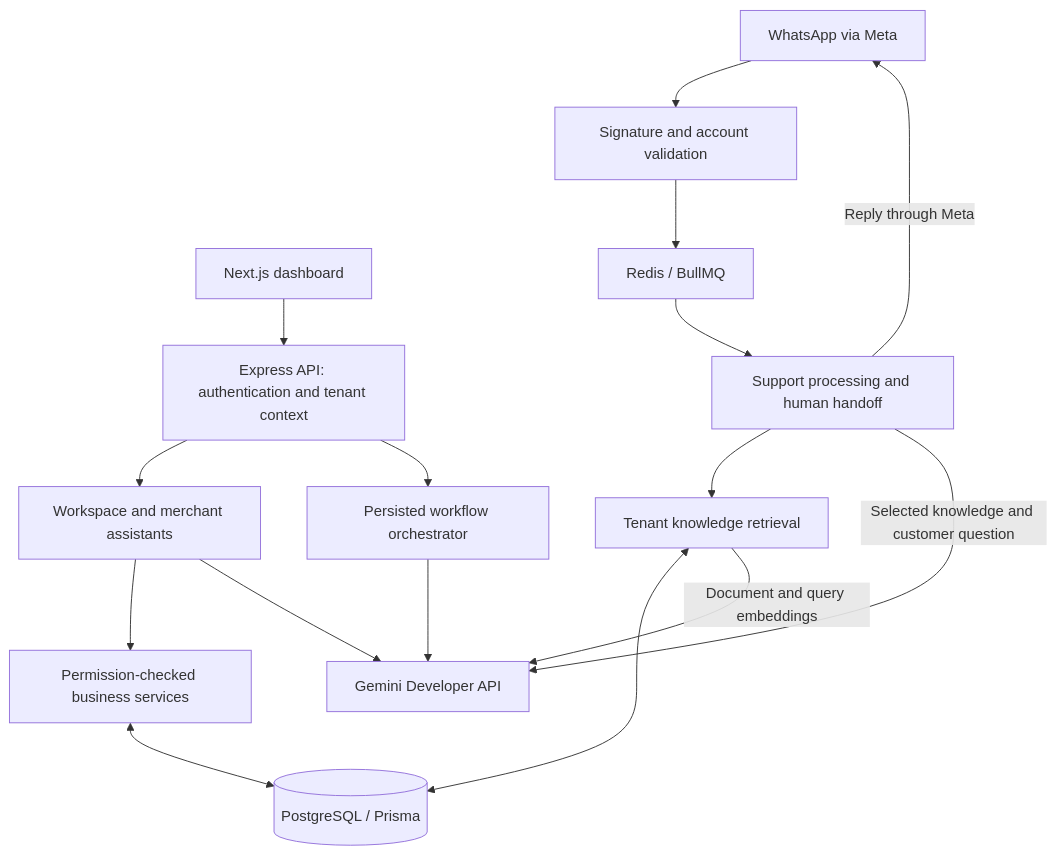
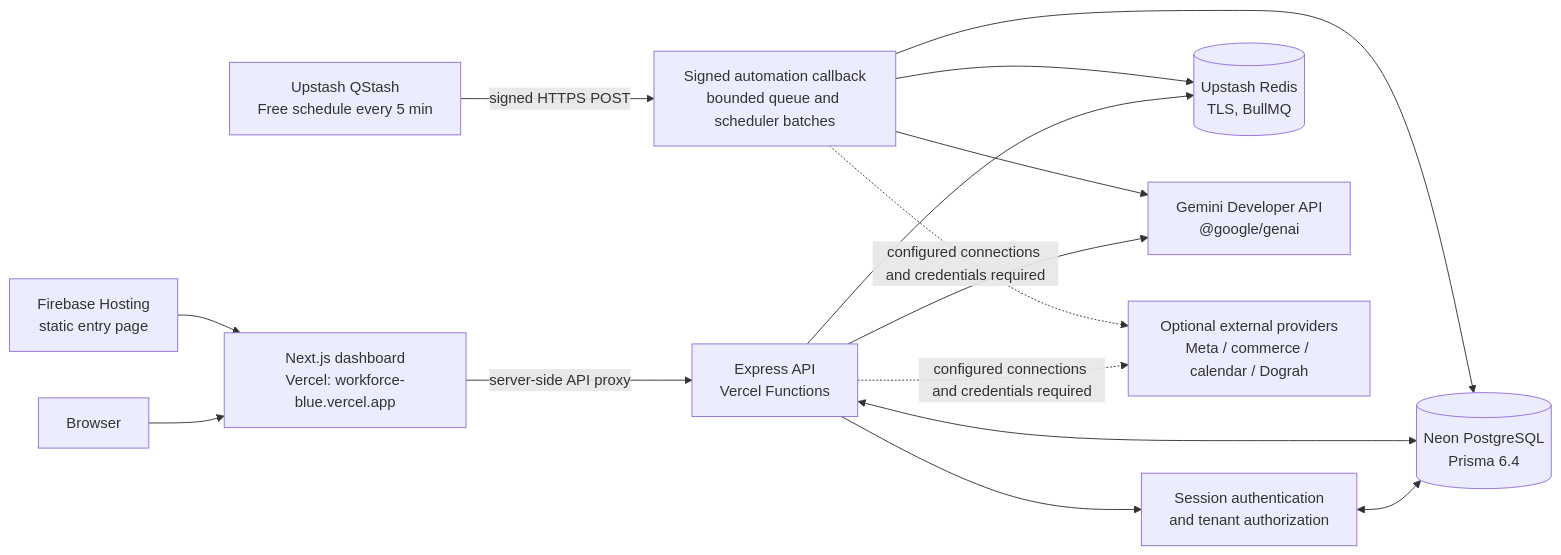
One commit to MoizAnsari90/AI_Workforce changed the diagram in docs/PROJECT_SUMMARY_ARCHITECTURE_NOTES.md. Above: the diagram before and after it, drawn with Mermaid. The commit also changed other lines of this file and 41 other files, not shown here.

````diff
--- a/docs/PROJECT_SUMMARY_ARCHITECTURE_NOTES.md
+++ b/docs/PROJECT_SUMMARY_ARCHITECTURE_NOTES.md
@@ -15,18 +17,29 @@
 ```mermaid
-flowchart TD
-    UI[Next.js dashboard] --> API[Express API: authentication and tenant context]
-    API --> Assist[Workspace and merchant assistants]
-    API --> Workflow[Persisted workflow orchestrator]
-    WA[WhatsApp via Meta] --> Hook[Signature and account validation]
-    Hook --> Queue[Redis / BullMQ]
-    Queue --> Support[Support processing and human handoff]
-    Support --> Retrieval[Tenant knowledge retrieval]
-    Retrieval <--> DB[(PostgreSQL / Prisma)]
-    Assist --> Facts[Permission-checked business services]
-    Facts <--> DB
-    Assist --> Gemini[Gemini Developer API]
-    Workflow --> Gemini
-    Support -->|Selected knowledge and customer question| Gemini
-    Retrieval -->|Document and query embeddings| Gemini
-    Support -->|Reply through Meta| WA
+flowchart LR
+    Browser[Browser]
+    Web[Next.js dashboard\nVercel: workforce-blue.vercel.app]
+    Firebase[Firebase Hosting\nstatic entry page]
+    API[Express API\nVercel Functions]
+    Auth[Session authentication\nand tenant authorization]
+    DB[(Neon PostgreSQL\nPrisma 6.4)]
+    Redis[(Upstash Redis\nTLS, BullMQ)]
+    QStash[Upstash QStash\nFree schedule every 5 min]
+    Worker[Signed automation callback\nbounded queue and scheduler batches]
+    Gemini[Gemini Developer API\n@google/genai]
+    Providers[Optional external providers\nMeta / commerce / calendar / Dograh]
+
+    Browser --> Web
+    Firebase --> Web
+    Web -->|server-side API proxy| API
+    API --> Auth
+    Auth <--> DB
+    API <--> DB
+    API --> Gemini
+    API --> Redis
+    QStash -->|signed HTTPS POST| Worker
+    Worker --> Redis
+    Worker --> DB
+    Worker --> Gemini
+    API -. configured connections and credentials required .-> Providers
+    Worker -. configured connections and credentials required .-> Providers
 ```
````
